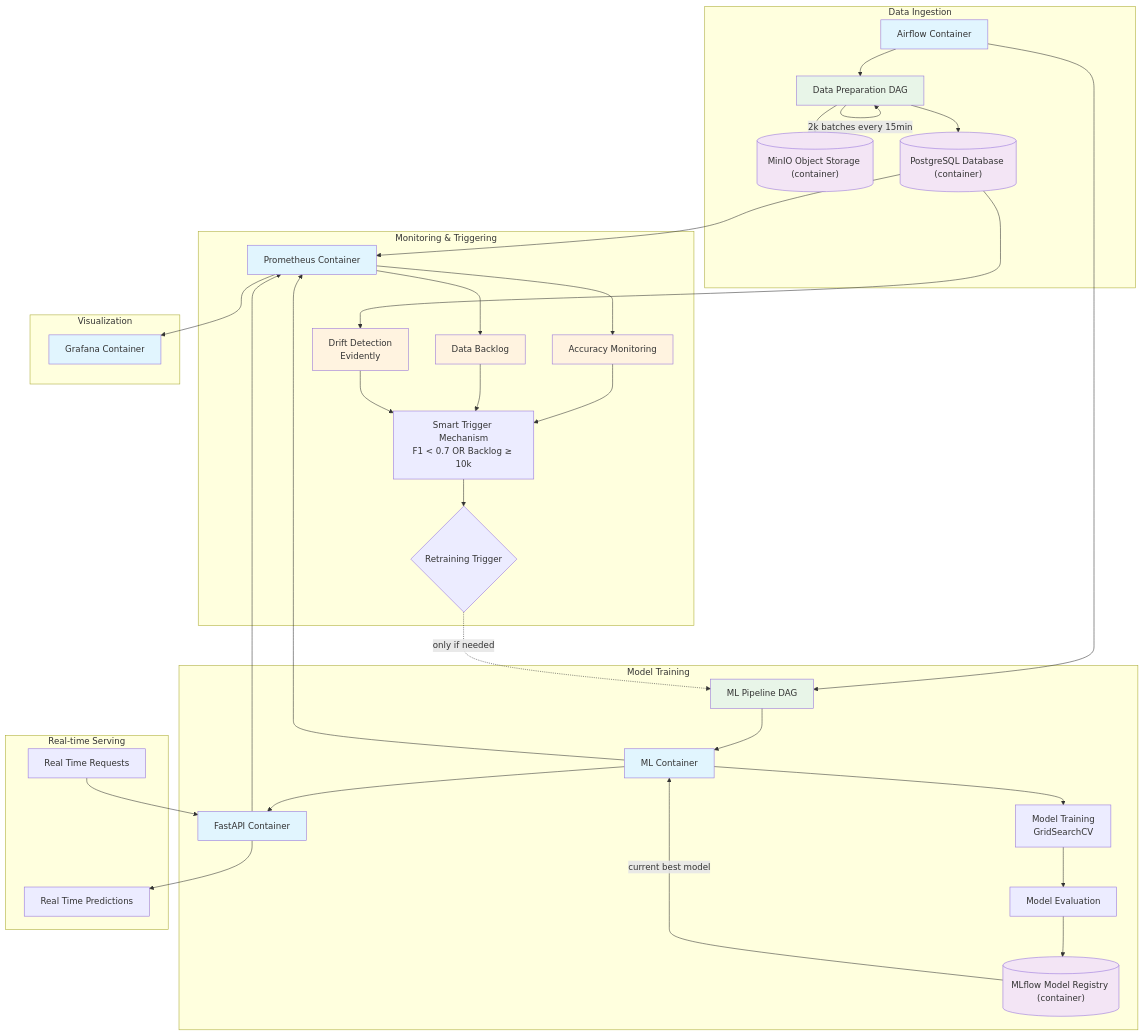
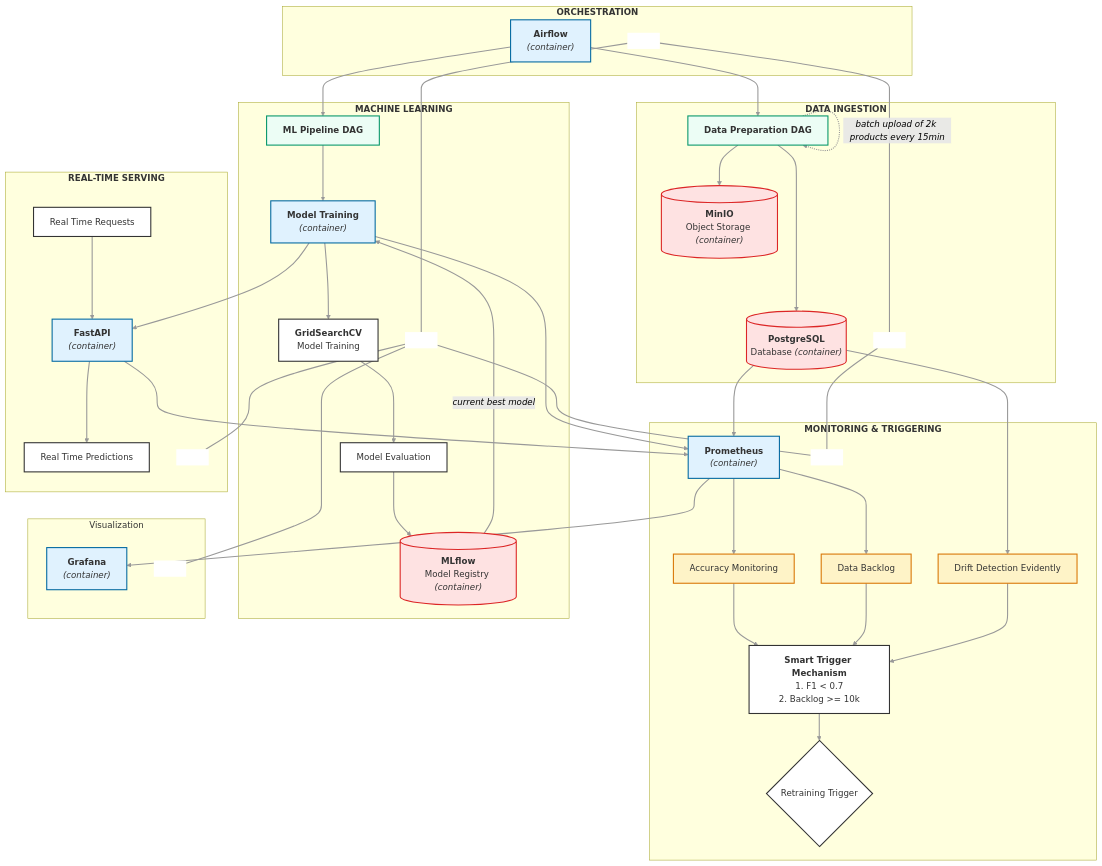
Before and after one commit to Wilsbert12/ML_OPs_Rakuten_Challenge: the diagram in containers/rakuten_st/flowcharts/rakuten_mlops_architecture_overview.mermaid, drawn with Mermaid.

Commit message:
fix(diagram): resolve Mermaid syntax errors and apply brand colors (#31)
* fix(diagram): resolve Mermaid syntax errors and update color scheme

- Remove HTML tags and special characters causing parsing errors
- Apply DataScientest/Rakuten brand colors for Streamlit compatibility
- Implement invisible spacer nodes for layout control
- Note: some cross-subgraph connections hidden due to layout constraints

* fix(diagram): resolve Mermaid syntax errors and update color scheme

- Remove HTML tags and special characters causing parsing errors
- Apply DataScientest/Rakuten brand colors for Streamlit compatibility
- Implement invisible spacer nodes for layout control
- Note: some cross-subgraph connections hidden due to layout constraints

```diff
--- a/containers/rakuten_st/flowcharts/rakuten_mlops_architecture_overview.mermaid
+++ b/containers/rakuten_st/flowcharts/rakuten_mlops_architecture_overview.mermaid
@@ -1,80 +1,168 @@
-graph TB
-    %% Data Ingestion
-    subgraph DataIngestion ["Data Ingestion"]
-        Airflow[Airflow Container] 
-        DataDAG[Data Preparation DAG]
-        PostgreSQL[("PostgreSQL Database (container)")]
-        MinIO[("MinIO Object Storage (container)")]
+    graph TD
+
+
+        %% ORCHESTRATION [O]
+        subgraph ORCHESTRATION ["`**ORCHESTRATION**`"]
+            %% O NODE
+            Airflow["`**Airflow**
+            _(container)_`"]
+            SpacerO[ ]:::hidden
+        end
+
+
+
+
+        %% DATA INGESTION [DI]
+        subgraph DataIngestion ["`**DATA INGESTION**`"]
+            
+            %% DI NODES
+            
+            DataDAG["`**Data Preparation DAG**`"]
+            
+            PostgreSQL[("`**PostgreSQL**
+            Database _(container)_`")]
+            
+            MinIO[("`**MinIO**
+            Object Storage _(container)_`")]
+
+            SpacerDI[ ]:::hidden
+            
+
+            %% DI EDGES 
+            DataDAG -. "`_batch upload of 2k products every 15min_`" .-> DataDAG
+            DataDAG --> PostgreSQL & MinIO
+            Airflow --> DataDAG
+
+        end
         
-        Airflow --> DataDAG
-        DataDAG -->|2k batches every 15min| DataDAG
-        DataDAG --> PostgreSQL
-        DataDAG --> MinIO
-    end
-    
-    %% Model Training
-    subgraph ModelTraining ["Model Training"]
-        MLDAG[ML Pipeline DAG]
-        MLContainer[ML Container]
-        Training[Model Training<br/>GridSearchCV]
-        Evaluation[Model Evaluation]
-        MLflow[("MLflow Model Registry (container)")]
+
+
+        %% MONITORING & TRIGGERING [MaT]
+        subgraph MonitoringTriggering ["`**MONITORING & TRIGGERING**`"]
+
+            %% MaT NODES
+            Prometheus["`**Prometheus**
+            _(container)_`"]
+
+            Accuracy["`Accuracy Monitoring`"]
+
+            DataBacklog["`Data Backlog`"]
+
+            DriftDetection["`Drift Detection Evidently`"]
+
+            SmartTrigger["`**Smart Trigger Mechanism**
+            1. F1 < 0.7
+            2. Backlog >= 10k`"]
+            
+            RetrainTrigger{"`Retraining Trigger`"}
+
+            SpacerMaT[ ]:::hidden
+
+
+            %% MaT EDGES
+            PostgreSQL --> Prometheus
+            Prometheus --> Accuracy
+            Prometheus --> DataBacklog
+            PostgreSQL --> DriftDetection
+            Accuracy --> SmartTrigger
+            DataBacklog --> SmartTrigger
+            DriftDetection --> SmartTrigger
+            SmartTrigger --> RetrainTrigger
+            %%RetrainTrigger -. "`_only if necessary_`" .-> MLDAG
+
+        end
+
+
+        %% MACHINE LEARNING [ML]
+        subgraph MachineLearning ["`**MACHINE LEARNING**`"]
+
+            %% MT NODES
+            MLDAG["`**ML Pipeline DAG**`"]
+            MLContainer["`**Model Training**
+            _(container)_`"]
+            
+            Training["`**GridSearchCV**
+            Model Training`"]
+            
+            Evaluation["`Model Evaluation`"]
+            
+            MLflow[("`**MLflow**
+            Model Registry _(container)_`")]
+
+            SpacerML[ ]:::hidden
+            
+
+            %% MT NODES
+            Airflow --> MLDAG
+            MLDAG --> MLContainer
+            MLContainer --> Prometheus & Training
+            Training --> Evaluation
+            Evaluation --> MLflow
+            MLflow -- "`_current best model_`" --> MLContainer
+        end
+
+
+
+    %% REAL-TIME SERVING [RTS]
+    subgraph RealTimeServing ["`**REAL-TIME SERVING**`"]
+
+        %% RTS NODES
+
+        FastAPI["`**FastAPI**
+        _(container)_`"]
+
+        RealTimeRequests["`Real Time Requests`"]
         
-        Airflow --> MLDAG
-        MLDAG --> MLContainer
-        MLContainer --> Training
-        Training --> Evaluation
-        Evaluation --> MLflow
-        MLflow -->|current best model| MLContainer
-        MLContainer --> FastAPI
-    end
-    
-    %% Monitoring & Triggering
-    subgraph MonitoringTriggering ["Monitoring & Triggering"]
-        Prometheus[Prometheus Container]
-        Accuracy[Accuracy Monitoring]
-        DataBacklog[Data Backlog]
-        DriftDetection[Drift Detection<br/>Evidently]
-        SmartTrigger[Smart Trigger Mechanism<br/>F1 < 0.7 OR Backlog ≥ 10k]
-        RetrainTrigger{Retraining Trigger}
+        RealTimePredictions["`Real Time Predictions`"]
+
+        SpacerRTS[ ]:::hidden
         
+
+        %% RTS NODES
         FastAPI --> Prometheus
-        PostgreSQL --> Prometheus
-        MLContainer --> Prometheus
-        Prometheus --> Accuracy
-        Prometheus --> DataBacklog
-        PostgreSQL --> DriftDetection
-        Accuracy --> SmartTrigger
-        DataBacklog --> SmartTrigger
-        DriftDetection --> SmartTrigger
-        SmartTrigger --> RetrainTrigger
-        RetrainTrigger -.->|only if needed| MLDAG
-    end
-    
-    %% Real-time Serving
-    subgraph RealTimeServing ["Real-time Serving"]
-        FastAPI[FastAPI Container]
-        RealTimeRequests[Real Time Requests]
-        RealTimePredictions[Real Time Predictions]
-        
         RealTimeRequests --> FastAPI
         FastAPI --> RealTimePredictions
+        MLContainer --> FastAPI
+    
     end
-    
-    %% Visualization
+
+
+    %% Visualization [V]
     subgraph Visualization ["Visualization"]
-        Grafana[Grafana Container]
         
+        %% V NODE
+        Grafana["`**Grafana**
+        _(container)_`"]
+        SpacerV[ ]:::hidden
+        
+        %% V EDGE
         Prometheus --> Grafana
     end
-    
-    %% Styling
-    classDef container fill:#e1f5fe
-    classDef storage fill:#f3e5f5
-    classDef service fill:#e8f5e8
-    classDef monitoring fill:#fff3e0
-    
+
+    %% LAYOUT: LOCK FLOWCHART
+    SpacerO ~~~ SpacerDI & SpacerML
+    SpacerDI ~~~ SpacerMaT
+    SpacerML ~~~ SpacerMaT
+    SpacerML ~~~ SpacerRTS
+    SpacerML ~~~ SpacerV
+
+
+    %% STYLING
+
+    %% Apply default styles to ALL nodes
+    classDef default fill:#FFF,stroke:#333,stroke-width:2px;
+
+    %% Apply default styles to ALL edges
+    linkStyle default stroke:#999,stroke-width:2px,color:black;
+
     class MLContainer,FastAPI,Airflow,Prometheus,Grafana container
     class PostgreSQL,MinIO,MLflow storage
     class DataDAG,MLDAG service
     class Accuracy,DataBacklog,DriftDetection monitoring
+    class SpacerO,SpacerDI,SpacerMaT,SpacerML,SpacerRTS,SpacerV spacer
+
+    classDef container fill:#E0F2FE,stroke:#0369A1,stroke-width:2px
+    classDef storage fill:#FEE2E2,stroke:#DC2626,stroke-width:2px
+    classDef service fill:#ECFDF5,stroke:#059669,stroke-width:2px
+    classDef monitoring fill:#FEF3C7,stroke:#D97706,stroke-width:2px
+    classDef spacer fill:#FFF,stroke:#FFF,stroke-width:0px
```
